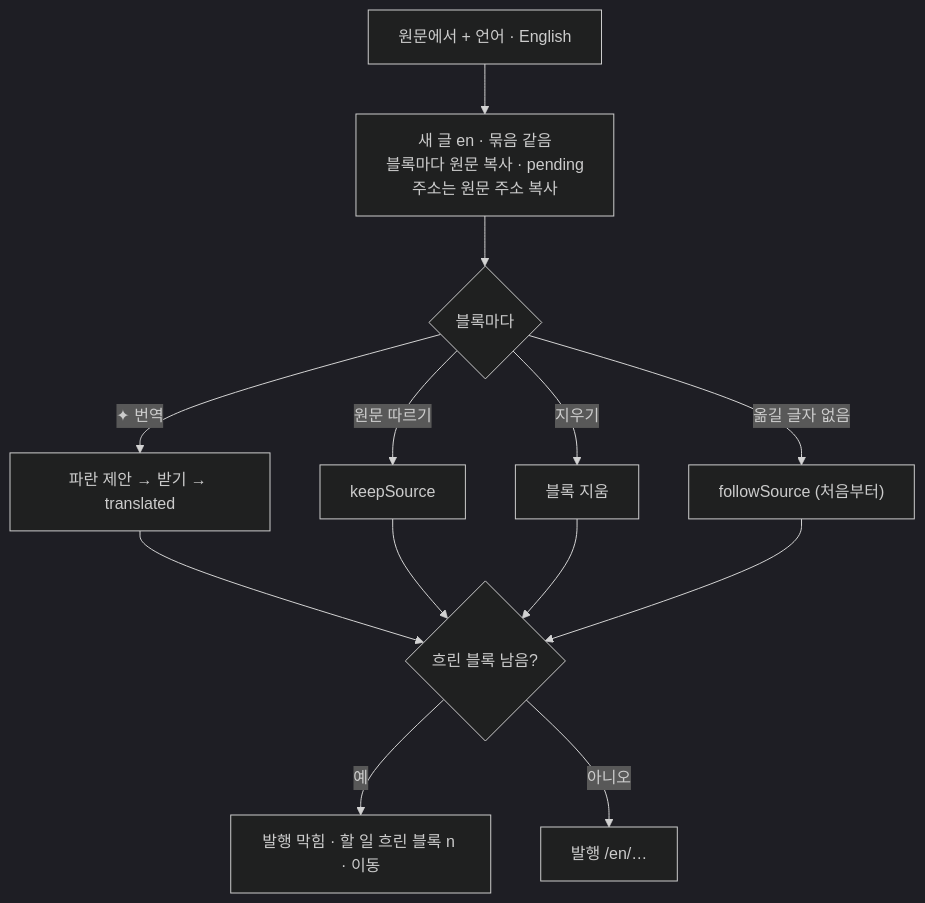
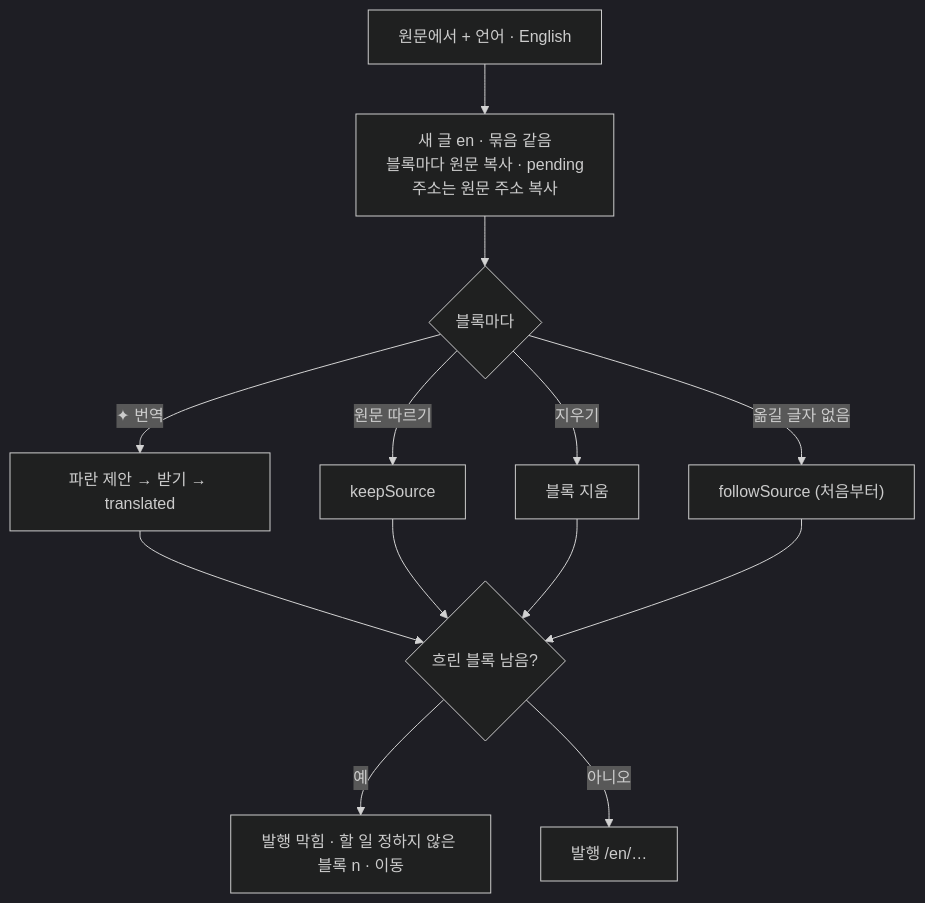
The third of 4 diagrams in docs/design/features/04-languages.md (monti-cms/monti), drawn with Mermaid (dark theme) before and after one commit. The commit also changed 34 other files, not shown here.

````diff
--- a/docs/design/features/04-languages.md
+++ b/docs/design/features/04-languages.md
@@ -114,15 +114,15 @@
 ```mermaid
 flowchart TD
   A["원문에서 + 언어 · English"] --> B["새 글 en · 묶음 같음<br/>블록마다 원문 복사 · pending<br/>주소는 원문 주소 복사"]
   B --> C{"블록마다"}
   C -->|✦ 번역| P["파란 제안 → 받기 → translated"]
   C -->|원문 따르기| K["keepSource"]
   C -->|지우기| X["블록 지움"]
   C -->|옮길 글자 없음| F["followSource (처음부터)"]
   P --> D{"흐린 블록 남음?"}
   K --> D
   X --> D
   F --> D
-  D -->|예| BL["발행 막힘 · 할 일 흐린 블록 n · 이동"]
+  D -->|예| BL["발행 막힘 · 할 일 정하지 않은 블록 n · 이동"]
   D -->|아니오| PUB["발행 /en/…"]
 ```
````
